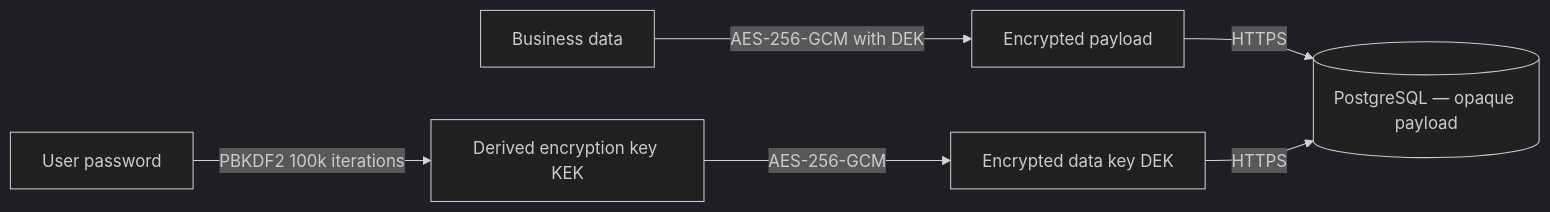
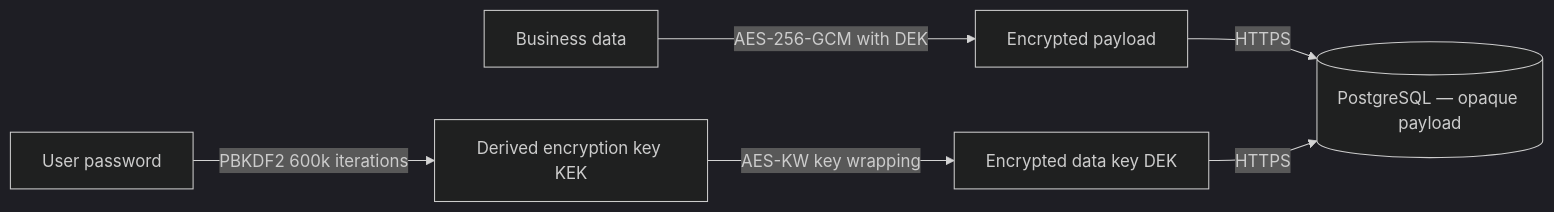
Before and after one commit to j-ned/ng-dashflow-app: the first of 2 diagrams in README.en.md, drawn with Mermaid (dark theme). The commit also changed other lines of this file and 1 other file, not shown here.

Commit message:
docs(security): update README to reflect PBKDF2 iteration increase and AES-KW usage
- Updated documentation to specify PBKDF2-SHA-256 with 600k iterations (aligned with OWASP recommendations).
- Replaced AES-256-GCM mention with AES-KW for key wrapping in key derivation examples.
- Clarified password rotation benefits with AES-KW and revised multi-device encryption notes.
- Ensured consistency in both French and English versions of the README.

````diff
--- a/README.en.md
+++ b/README.en.md
@@ -102,8 +102,8 @@
 ```mermaid
 graph LR
-  A[User password] -->|PBKDF2 100k iterations| B[Derived encryption key KEK]
-  B -->|AES-256-GCM| C[Encrypted data key DEK]
+  A[User password] -->|PBKDF2 600k iterations| B[Derived encryption key KEK]
+  B -->|AES-KW key wrapping| C[Encrypted data key DEK]
   D[Business data] -->|AES-256-GCM with DEK| E[Encrypted payload]
   E -->|HTTPS| F[(PostgreSQL — opaque payload)]
   C -->|HTTPS| F
 ```
````
